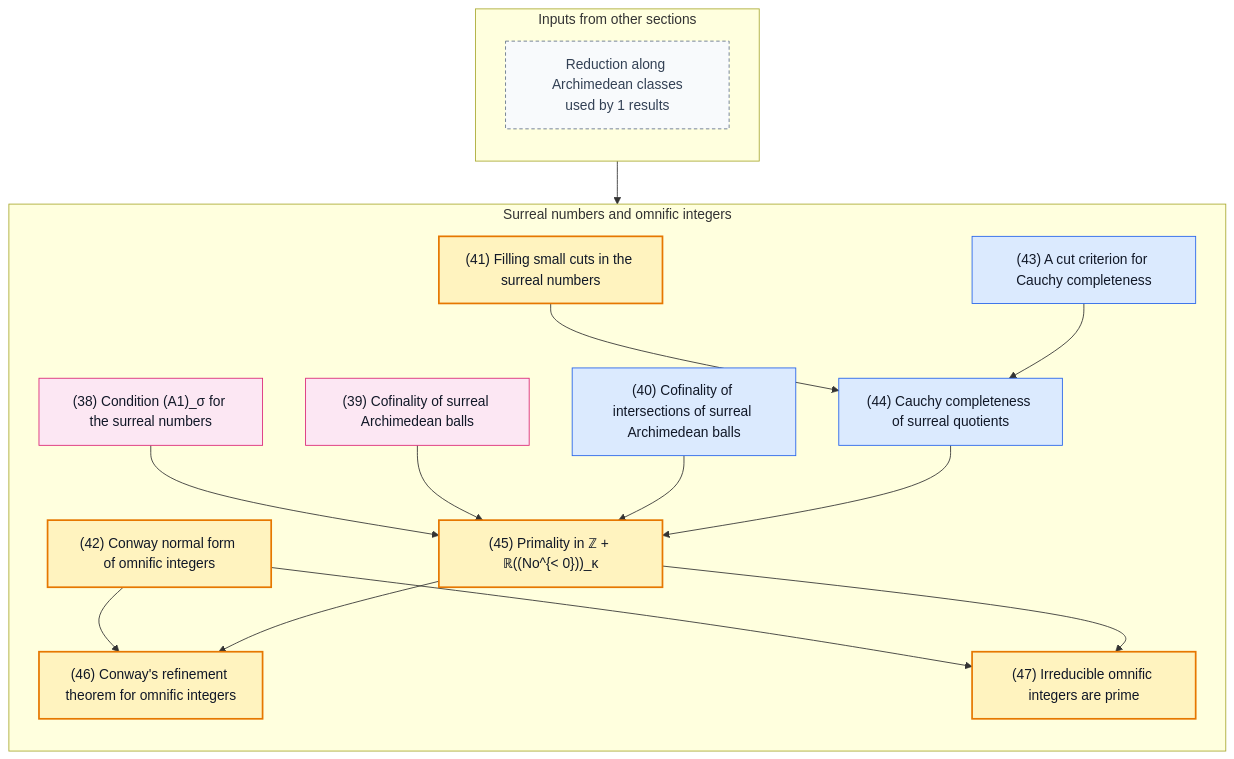
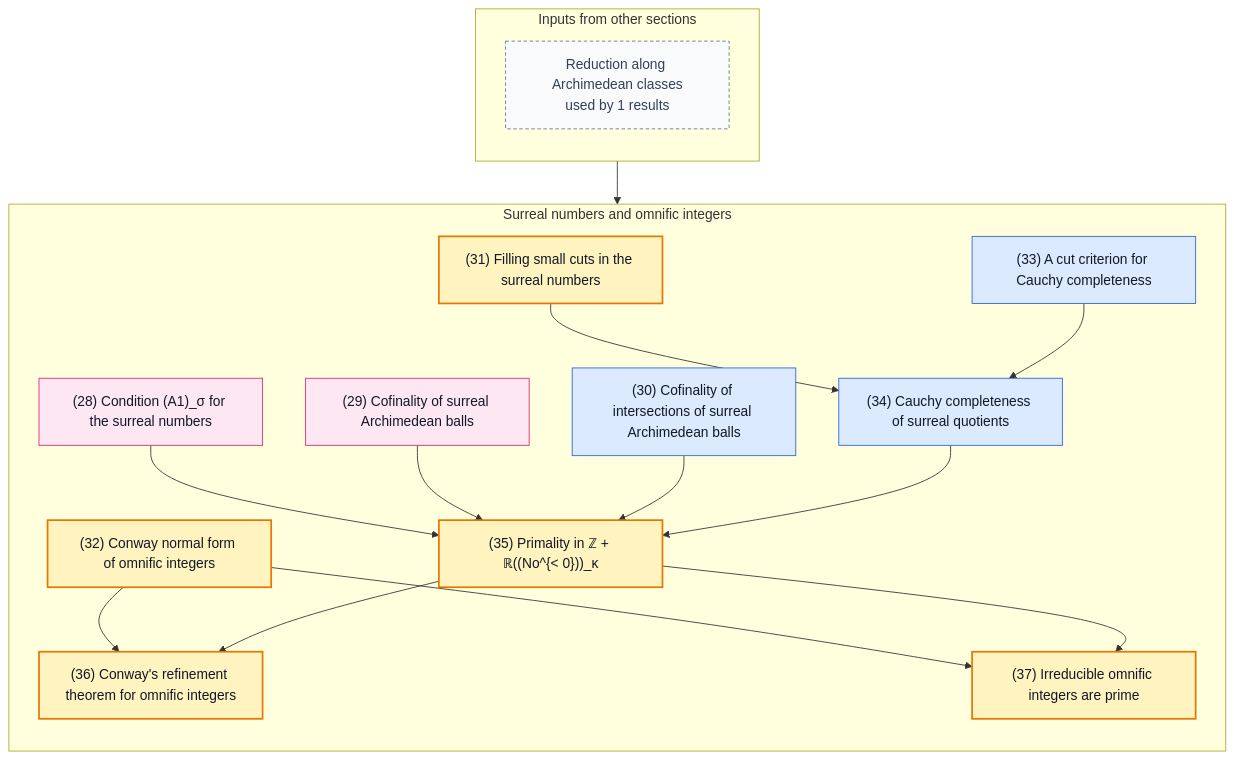
The fifth of 5 diagrams in README.md (gaearon/conway-refinement), drawn with Mermaid before and after one commit. The commit also changed other lines of this file and 20 other files, not shown here.

````diff
--- a/README.md
+++ b/README.md
@@ -451,53 +378,53 @@
 ```mermaid
 %% Generated by scripts/blueprint.sh; do not edit.
 %% Other sections are compressed to boundary nodes.
 %% Solid arrows are proof dependencies; dashed arrows are statement dependencies.
 flowchart TB
   subgraph inputs["Inputs from other sections"]
     direction TB
     in0["Reduction along Archimedean classes<br/>used by 1 results"]:::boundary
   end
   subgraph current["Surreal numbers and omnific integers"]
     direction TB
-    n038["(38) Condition (A1)_σ for the surreal numbers"]:::fact
-    n039["(39) Cofinality of surreal Archimedean balls"]:::fact
-    n040["(40) Cofinality of intersections of surreal Archimedean balls"]:::lemma
-    n041["(41) Filling small cuts in the surreal numbers"]:::theorem
-    n042["(42) Conway normal form of omnific integers"]:::theorem
-    n043["(43) A cut criterion for Cauchy completeness"]:::lemma
-    n044["(44) Cauchy completeness of surreal quotients"]:::lemma
-    n045["(45) Primality in ℤ + ℝ((No^{&lt; 0}))_κ"]:::theorem
-    n046["(46) Conway's refinement theorem for omnific integers"]:::theorem
-    n047["(47) Irreducible omnific integers are prime"]:::theorem
+    n028["(28) Condition (A1)_σ for the surreal numbers"]:::fact
+    n029["(29) Cofinality of surreal Archimedean balls"]:::fact
+    n030["(30) Cofinality of intersections of surreal Archimedean balls"]:::lemma
+    n031["(31) Filling small cuts in the surreal numbers"]:::theorem
+    n032["(32) Conway normal form of omnific integers"]:::theorem
+    n033["(33) A cut criterion for Cauchy completeness"]:::lemma
+    n034["(34) Cauchy completeness of surreal quotients"]:::lemma
+    n035["(35) Primality in ℤ + ℝ((No^{&lt; 0}))_κ"]:::theorem
+    n036["(36) Conway's refinement theorem for omnific integers"]:::theorem
+    n037["(37) Irreducible omnific integers are prime"]:::theorem
   end
 
-  n041 --> n044
-  n043 --> n044
-  n038 --> n045
-  n039 --> n045
-  n040 --> n045
-  n044 --> n045
-  n042 --> n046
-  n045 --> n046
-  n042 --> n047
-  n045 --> n047
-  in0 --> n045
-  click n038 "https://gaearon.github.io/conway-refinement/#/result/surreal-archimedean-strata" "Open the statement for fact 38"
-  click n039 "https://gaearon.github.io/conway-refinement/#/result/surreal-archimedean-ball-cofinality" "Open the statement for fact 39"
-  click n040 "https://gaearon.github.io/conway-refinement/#/result/surreal-common-tail-cofinality" "Open the statement for lemma 40"
-  click n041 "https://gaearon.github.io/conway-refinement/#/result/surreal-simplicity-small-cuts" "Open the statement for theorem 41"
-  click n042 "https://gaearon.github.io/conway-refinement/#/result/signed-normal-form-omnific-integer-equivalence" "Open the statement for theorem 42"
-  click n043 "https://gaearon.github.io/conway-refinement/#/result/complete-of-coinitial-scales-and-cut-filling" "Open the statement for lemma 43"
-  click n044 "https://gaearon.github.io/conway-refinement/#/result/surreal-common-tail-quotient-complete" "Open the statement for lemma 44"
-  click n045 "https://gaearon.github.io/conway-refinement/#/result/surreal-hahn-integer-part-primality" "Open the statement for theorem 45"
-  click n046 "https://gaearon.github.io/conway-refinement/#/result/conway-refinement" "Open the statement for theorem 46"
-  click n047 "https://gaearon.github.io/conway-refinement/#/result/omnific-factorisation" "Open the statement for theorem 47"
+  n031 --> n034
+  n033 --> n034
+  n028 --> n035
+  n029 --> n035
+  n030 --> n035
+  n034 --> n035
+  n032 --> n036
+  n035 --> n036
+  n032 --> n037
+  n035 --> n037
+  in0 --> n035
+  click n028 "https://gaearon.github.io/conway-refinement/#/result/surreal-archimedean-strata" "Open the statement for fact 28"
+  click n029 "https://gaearon.github.io/conway-refinement/#/result/surreal-archimedean-ball-cofinality" "Open the statement for fact 29"
+  click n030 "https://gaearon.github.io/conway-refinement/#/result/surreal-common-tail-cofinality" "Open the statement for lemma 30"
+  click n031 "https://gaearon.github.io/conway-refinement/#/result/surreal-simplicity-small-cuts" "Open the statement for theorem 31"
+  click n032 "https://gaearon.github.io/conway-refinement/#/result/signed-normal-form-omnific-integer-equivalence" "Open the statement for theorem 32"
+  click n033 "https://gaearon.github.io/conway-refinement/#/result/complete-of-coinitial-scales-and-cut-filling" "Open the statement for lemma 33"
+  click n034 "https://gaearon.github.io/conway-refinement/#/result/surreal-common-tail-quotient-complete" "Open the statement for lemma 34"
+  click n035 "https://gaearon.github.io/conway-refinement/#/result/surreal-hahn-integer-part-primality" "Open the statement for theorem 35"
+  click n036 "https://gaearon.github.io/conway-refinement/#/result/conway-refinement" "Open the statement for theorem 36"
+  click n037 "https://gaearon.github.io/conway-refinement/#/result/omnific-factorisation" "Open the statement for theorem 37"
 
   classDef theorem fill:#fff3bf,stroke:#e67700,stroke-width:2px,color:#111827
   classDef definition fill:#f3f4f6,stroke:#4b5563,color:#111827
   classDef lemma fill:#dbeafe,stroke:#2563eb,color:#111827
   classDef proposition fill:#ede9fe,stroke:#7c3aed,color:#111827
   classDef corollary fill:#dcfce7,stroke:#16a34a,color:#111827
   classDef fact fill:#fce7f3,stroke:#db2777,color:#111827
   classDef boundary fill:#f8fafc,stroke:#64748b,stroke-dasharray:4 3,color:#334155
 ```
````
